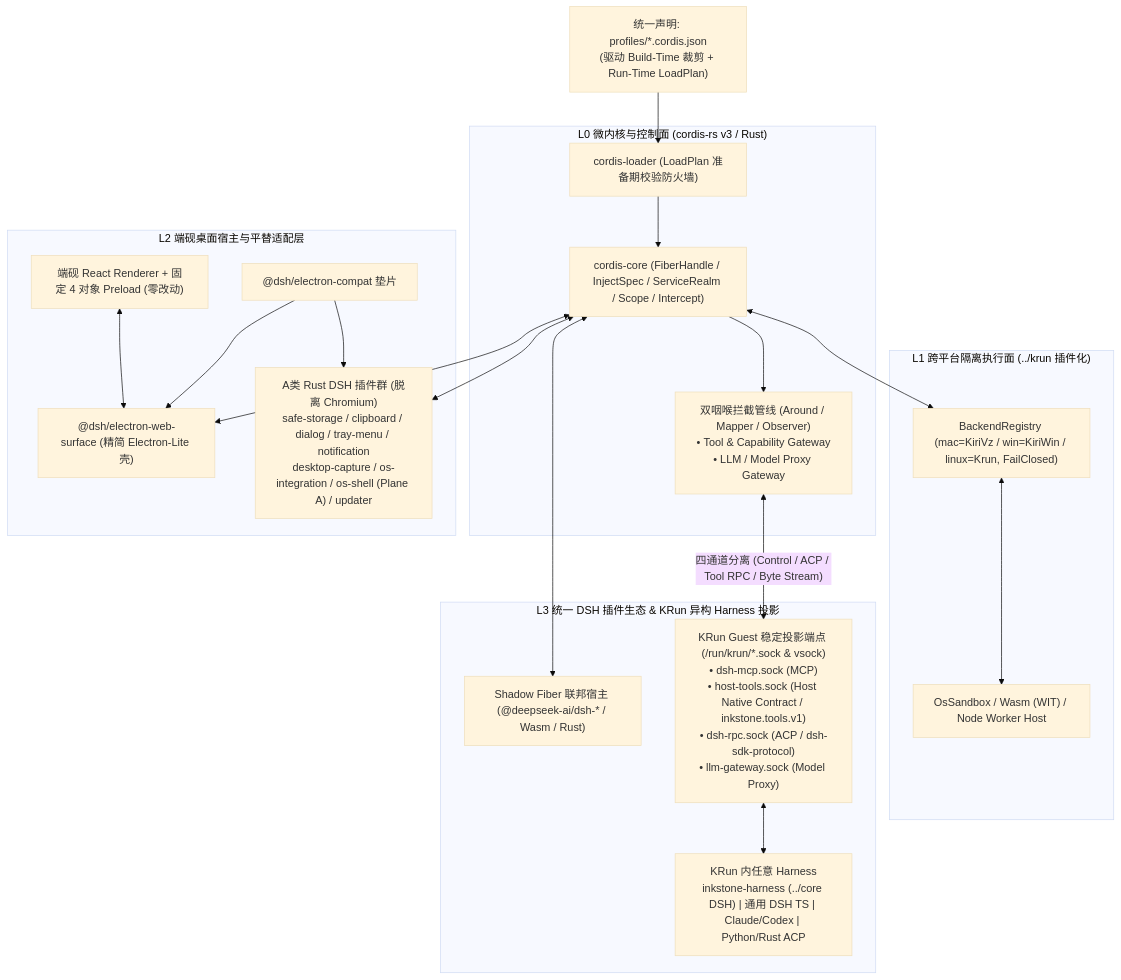
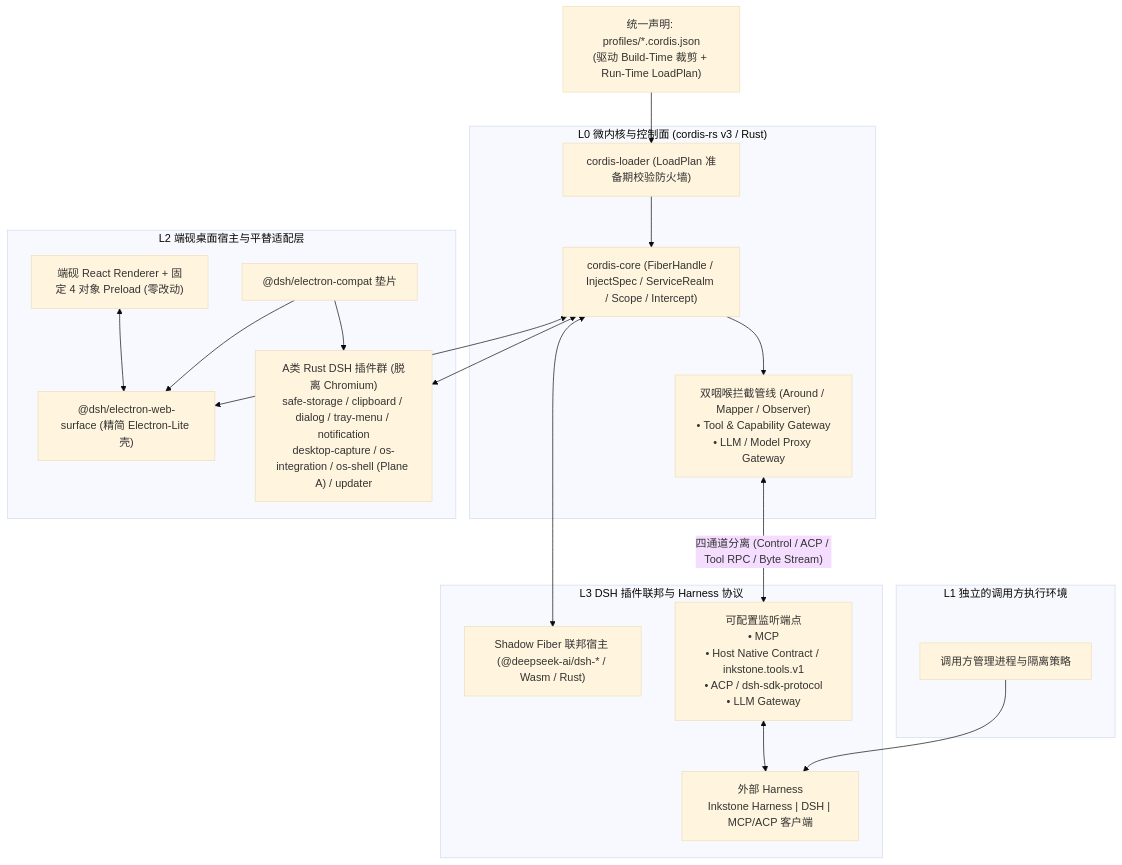
The diagram in docs/architecture/electron-cordis-architecture.md (kense-labs/electron-cordis), drawn with Mermaid (base theme) before and after one commit. The commit also changed other lines of this file and 29 other files, not shown here.

````diff
--- a/docs/architecture/electron-cordis-architecture.md
+++ b/docs/architecture/electron-cordis-architecture.md
@@ -22,38 +24,36 @@
 ```mermaid
 flowchart TB
     Prof["统一声明: profiles/*.cordis.json\n(驱动 Build-Time 裁剪 + Run-Time LoadPlan)"]
 
     subgraph L0["L0 微内核与控制面 (cordis-rs v3 / Rust)"]
         Loader["cordis-loader (LoadPlan 准备期校验防火墙)"]
         Kernel["cordis-core (FiberHandle / InjectSpec / ServiceRealm / Scope / Intercept)"]
         Gate["双咽喉拦截管线 (Around / Mapper / Observer)\n• Tool & Capability Gateway\n• LLM / Model Proxy Gateway"]
         Loader --> Kernel --> Gate
     end
 
-    subgraph L1["L1 跨平台隔离执行面 (../krun 插件化)"]
-        Sched["BackendRegistry (mac=KiriVz / win=KiriWin / linux=Krun, FailClosed)"]
-        Light["OsSandbox / Wasm (WIT) / Node Worker Host"]
-        Sched <--> Light
+    subgraph L1["L1 独立的调用方执行环境"]
+        Exec["调用方管理进程与隔离策略"]
     end
 
     subgraph L2["L2 端砚桌面宿主与平替适配层"]
         Compat["@dsh/electron-compat 垫片"]
         WebSurf["@dsh/electron-web-surface (精简 Electron-Lite 壳)"]
         OSCaps["A类 Rust DSH 插件群 (脱离 Chromium)\nsafe-storage / clipboard / dialog / tray-menu / notification\ndesktop-capture / os-integration / os-shell (Plane A) / updater"]
         Renderer["端砚 React Renderer + 固定 4 对象 Preload (零改动)"]
         Renderer <--> WebSurf
         Compat --> OSCaps & WebSurf
     end
 
-    subgraph L3["L3 统一 DSH 插件生态 & KRun 异构 Harness 投影"]
+    subgraph L3["L3 DSH 插件联邦与 Harness 协议"]
         DshHost["Shadow Fiber 联邦宿主 (@deepseek-ai/dsh-* / Wasm / Rust)"]
-        Proj["KRun Guest 稳定投影端点 (/run/krun/*.sock & vsock)\n• dsh-mcp.sock (MCP)\n• host-tools.sock (Host Native Contract / inkstone.tools.v1)\n• dsh-rpc.sock (ACP / dsh-sdk-protocol)\n• llm-gateway.sock (Model Proxy)"]
-        Harnesses["KRun 内任意 Harness\ninkstone-harness (../core DSH) | 通用 DSH TS | Claude/Codex | Python/Rust ACP"]
+        Proj["可配置监听端点\n• MCP\n• Host Native Contract / inkstone.tools.v1\n• ACP / dsh-sdk-protocol\n• LLM Gateway"]
+        Harnesses["外部 Harness\nInkstone Harness | DSH | MCP/ACP 客户端"]
         Proj <--> Harnesses
     end
 
     Prof --> Loader
-    Kernel <--> Sched
+    Exec --> Harnesses
     Kernel <--> WebSurf & OSCaps & DshHost
     Gate <-->|"四通道分离 (Control / ACP / Tool RPC / Byte Stream)"| Proj
 ```
````
